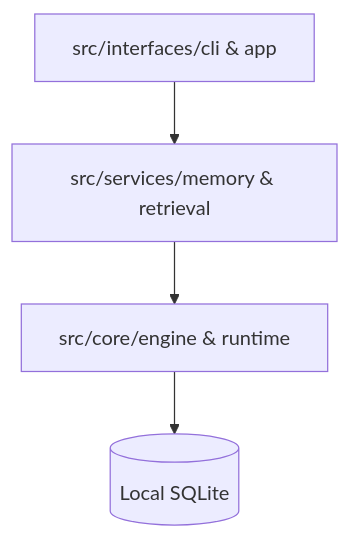
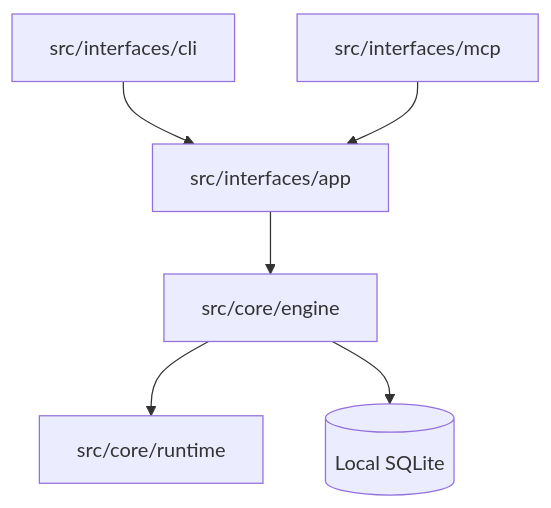
The diagram in docs/content/pillars/architecture.md (TheJenilDGohel/Synapse), drawn with Mermaid before and after one commit. The commit also changed other lines of this file and 83 other files, not shown here.

````diff
--- a/docs/content/pillars/architecture.md
+++ b/docs/content/pillars/architecture.md
@@ -41,6 +42,8 @@
 ```mermaid
 graph TD
-    Interfaces[src/interfaces/cli & app] --> Services
-    Services[src/services/memory & retrieval] --> Core
-    Core[src/core/engine & runtime] --> SQLite[(Local SQLite)]
+    CLI[src/interfaces/cli] --> App[src/interfaces/app]
+    MCP[src/interfaces/mcp] --> App
+    App --> Engine[src/core/engine]
+    Engine --> Runtime[src/core/runtime]
+    Engine --> SQLite[(Local SQLite)]
 ```
````
